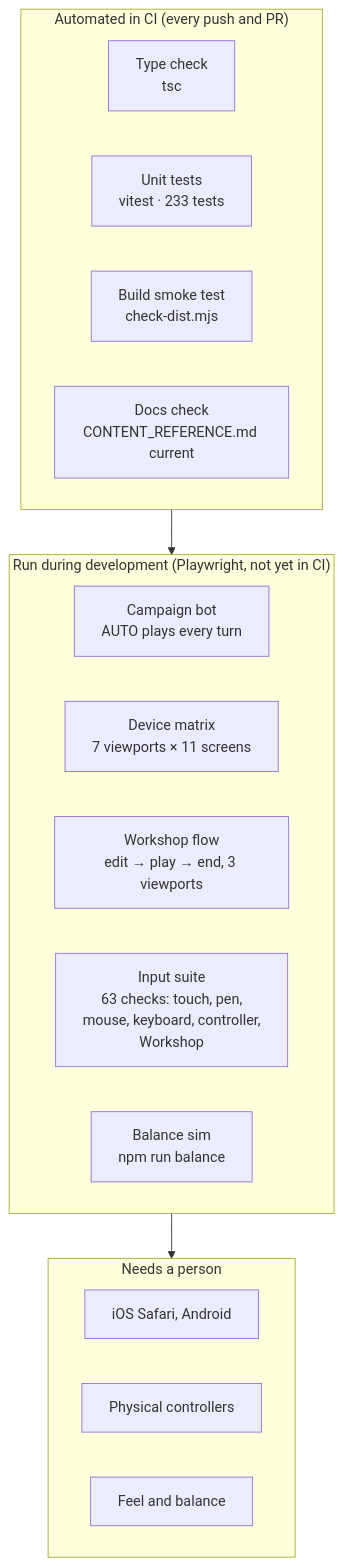
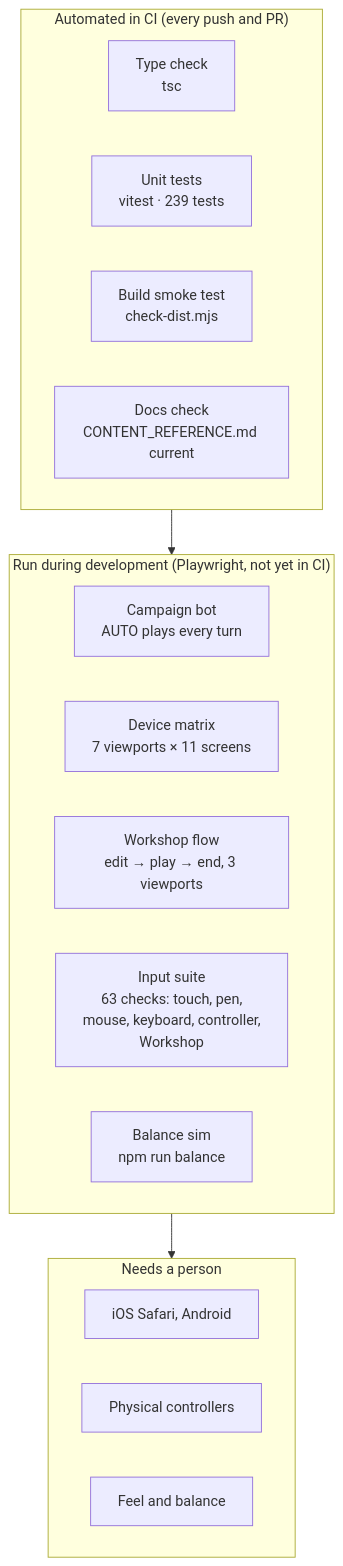
The diagram in docs/TESTING.md (CptNope/Chess-RPG-Tactics), drawn with Mermaid before and after one commit. The commit also changed other lines of this file and 31 other files, not shown here.

````diff
--- a/docs/TESTING.md
+++ b/docs/TESTING.md
@@ -9,22 +9,22 @@
 ```mermaid
 flowchart TB
     subgraph Auto["Automated in CI (every push and PR)"]
         T1["Type check<br/>tsc"]
-        T2["Unit tests<br/>vitest · 233 tests"]
+        T2["Unit tests<br/>vitest · 239 tests"]
         T3["Build smoke test<br/>check-dist.mjs"]
         T4["Docs check<br/>CONTENT_REFERENCE.md current"]
     end
     subgraph Dev["Run during development (Playwright, not yet in CI)"]
         P1["Campaign bot<br/>AUTO plays every turn"]
         P2["Device matrix<br/>7 viewports × 11 screens"]
         P4["Workshop flow<br/>edit → play → end, 3 viewports"]
         P3["Input suite<br/>63 checks: touch, pen,<br/>mouse, keyboard, controller,<br/>Workshop"]
         P5["Balance sim<br/>npm run balance"]
     end
     subgraph Human["Needs a person"]
         H1["iOS Safari, Android"]
         H2["Physical controllers"]
         H3["Feel and balance"]
     end
     Auto --> Dev --> Human
 ```
````
